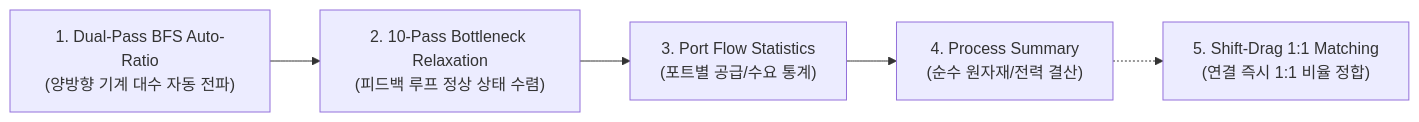
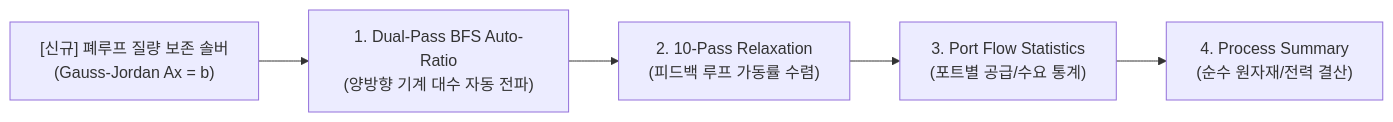
One commit to Amvermain/GregTechCalculatorBoard changed the diagram in docs/ko_kr/spec/02_MATH_AND_ALGORITHMS.md. Above: the diagram before and after it, drawn with Mermaid. The commit also changed other lines of this file and 191 other files, not shown here.

````diff
--- a/docs/ko_kr/spec/02_MATH_AND_ALGORITHMS.md
+++ b/docs/ko_kr/spec/02_MATH_AND_ALGORITHMS.md
@@ -118,7 +113,7 @@
 ```mermaid
 flowchart LR
-    C["1. Dual-Pass BFS Auto-Ratio<br/>(양방향 기계 대수 자동 전파)"] --> A["2. 10-Pass Bottleneck Relaxation<br/>(피드백 루프 정상 상태 수렴)"]
-    A --> B["3. Port Flow Statistics<br/>(포트별 공급/수요 통계)"]
-    B --> D["4. Process Summary<br/>(순수 원자재/전력 결산)"]
-    D -.-> E["5. Shift-Drag 1:1 Matching<br/>(연결 즉시 1:1 비율 정합)"]
+    MBS["[신규] 폐루프 질량 보존 솔버<br/>(Gauss-Jordan Ax = b)"] --> DUAL["1. Dual-Pass BFS Auto-Ratio<br/>(양방향 기계 대수 자동 전파)"]
+    DUAL --> BOTTLENECK["2. 10-Pass Relaxation<br/>(피드백 루프 가동률 수렴)"]
+    BOTTLENECK --> PORT["3. Port Flow Statistics<br/>(포트별 공급/수요 통계)"]
+    PORT --> SUMMARY["4. Process Summary<br/>(순수 원자재/전력 결산)"]
 ```
````
